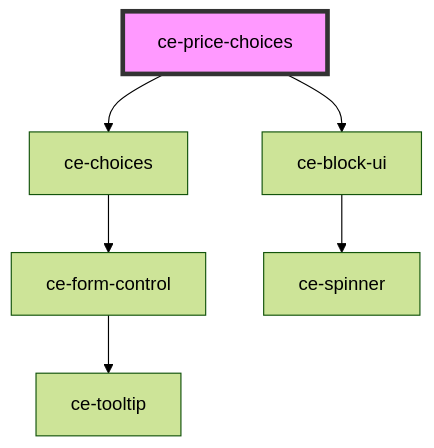
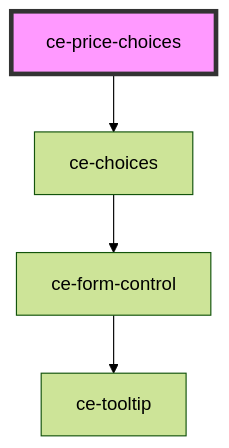
One commit to surecart/surecart-wp-plugin changed the diagram in packages/components/src/components/controllers/price-choices/readme.md. Above: the diagram before and after it, drawn with Mermaid (forest theme). The commit also changed other lines of this file and 48 other files, not shown here.

````diff
--- a/packages/components/src/components/controllers/price-choices/readme.md
+++ b/packages/components/src/components/controllers/price-choices/readme.md
@@ -34,9 +32,7 @@
 ```mermaid
 graph TD;
   ce-price-choices --> ce-choices
-  ce-price-choices --> ce-block-ui
   ce-choices --> ce-form-control
   ce-form-control --> ce-tooltip
-  ce-block-ui --> ce-spinner
   style ce-price-choices fill:#f9f,stroke:#333,stroke-width:4px
 ```
````
